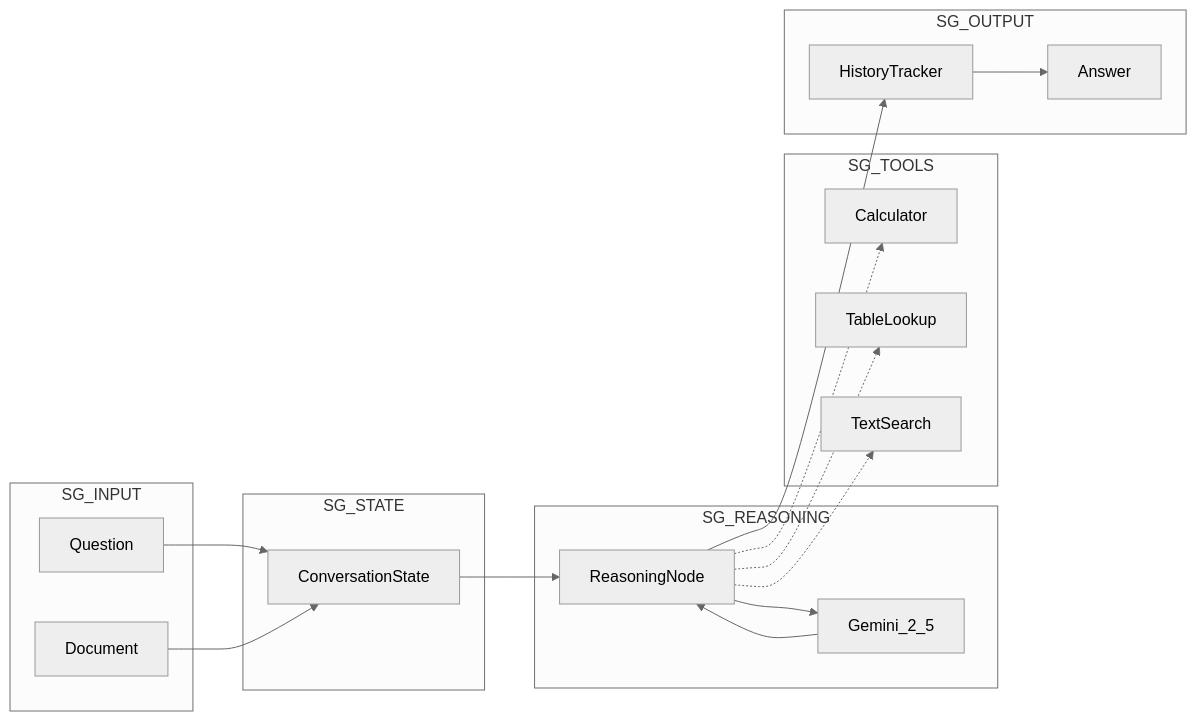
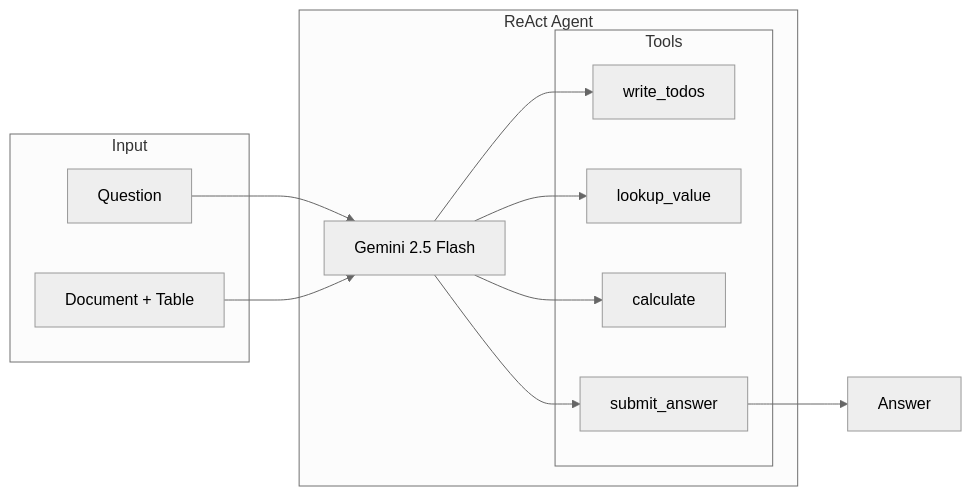
The diagram in README.md (sophiex59/convfinqa-agent), drawn with Mermaid (neutral theme) before and after one commit. The commit also changed other lines of this file and 2 other files, not shown here.

Commit message:
docs: progress doc added, evals updated with 76% results

````diff
--- a/README.md
+++ b/README.md
@@ -7,39 +16,26 @@
 ```mermaid
 flowchart LR
-    subgraph SG_INPUT
+    subgraph Input
         Q[Question]
-        D[Document]
+        D[Document + Table]
     end
 
-    subgraph SG_STATE
-        S[ConversationState]
+    subgraph ReAct Agent
+        LLM[Gemini 2.5 Flash]
+        
+        subgraph Tools
+            T1[write_todos]
+            T2[lookup_value]
+            T3[calculate]
+            T4[submit_answer]
+        end
     end
 
-    subgraph SG_REASONING
-        R[ReasoningNode]
-        G[Gemini_2_5]
-    end
-
-    subgraph SG_TOOLS
-        C[Calculator]
-        T[TableLookup]
-        X[TextSearch]
-    end
-
-    subgraph SG_OUTPUT
-        H[HistoryTracker]
-        A[Answer]
-    end
-
-    Q --> S
-    D --> S
-    S --> R
-    R --> G
-    G --> R
-    R -.-> C
-    R -.-> T
-    R -.-> X
-    R --> H
-    H --> A
-
+    Q --> LLM
+    D --> LLM
+    LLM --> T1
+    LLM --> T2
+    LLM --> T3
+    LLM --> T4
+    T4 --> A[Answer]
 ```
````
